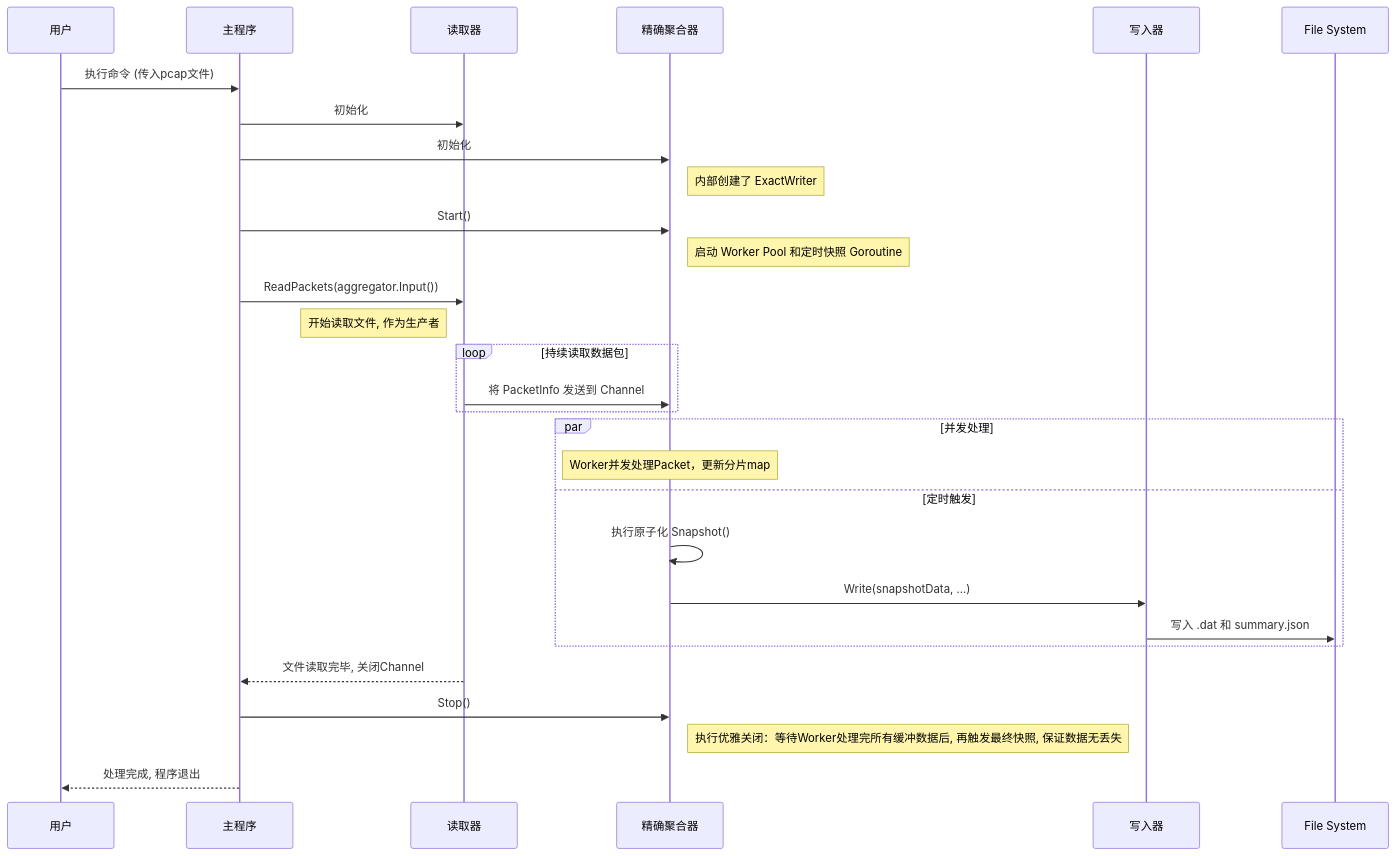
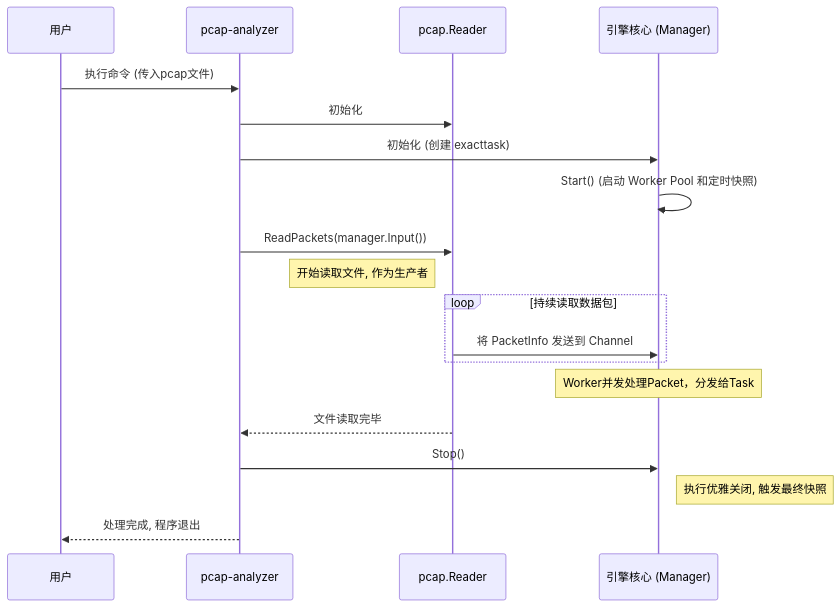
The second of 3 diagrams in doc/technology.md (Decade-qiu/Go2NetSpectra), drawn with Mermaid before and after one commit. The commit also changed other lines of this file and 2 other files, not shown here.

Commit message:
:memo: docs: update architecture, roadmap, and build guide

````diff
--- a/doc/technology.md
+++ b/doc/technology.md
@@ -43,36 +71,27 @@
 ```mermaid
 sequenceDiagram
     participant User as 用户
-    participant pcap-analyzer as 主程序
-    participant pcap.Reader as 读取器
-    participant ExactAggregator as 精确聚合器
-    participant ExactWriter as 写入器
+    participant Analyzer as pcap-analyzer
+    participant Reader as pcap.Reader
+    participant Manager as 引擎核心 (Manager)
 
-    User->>pcap-analyzer: 执行命令 (传入pcap文件)
-    pcap-analyzer->>pcap.Reader: 初始化
-    pcap-analyzer->>ExactAggregator: 初始化
-    note right of ExactAggregator: 内部创建了 ExactWriter
+    User->>Analyzer: 执行命令 (传入pcap文件)
+    Analyzer->>Reader: 初始化
+    Analyzer->>Manager: 初始化 (创建 exacttask)
     
-    pcap-analyzer->>ExactAggregator: Start()
-    note right of ExactAggregator: 启动 Worker Pool 和定时快照 Goroutine
+    Manager->>Manager: Start() (启动 Worker Pool 和定时快照)
     
-    pcap-analyzer->>pcap.Reader: ReadPackets(aggregator.Input())
-    note left of pcap.Reader: 开始读取文件, 作为生产者
+    Analyzer->>Reader: ReadPackets(manager.Input())
+    note left of Reader: 开始读取文件, 作为生产者
     
     loop 持续读取数据包
-        pcap.Reader->>ExactAggregator: 将 PacketInfo 发送到 Channel
+        Reader->>Manager: 将 PacketInfo 发送到 Channel
     end
     
-    par 并发处理
-        Note over ExactAggregator: Worker并发处理Packet，更新分片map
-    and 定时触发
-        ExactAggregator->>ExactAggregator: 执行原子化 Snapshot()
-        ExactAggregator->>ExactWriter: Write(snapshotData, ...)
-        ExactWriter->>File System: 写入 .dat 和 summary.json
-    end
+    note over Manager: Worker并发处理Packet，分发给Task
 
-    pcap.Reader-->>pcap-analyzer: 文件读取完毕, 关闭Channel
-    pcap-analyzer->>ExactAggregator: Stop()
-    note right of ExactAggregator: 执行优雅关闭：等待Worker处理完所有缓冲数据后, 再触发最终快照, 保证数据无丢失
-    pcap-analyzer-->>User: 处理完成, 程序退出
+    Reader-->>Analyzer: 文件读取完毕
+    Analyzer->>Manager: Stop()
+    note right of Manager: 执行优雅关闭, 触发最终快照
+    Analyzer-->>User: 处理完成, 程序退出
 ```
````
